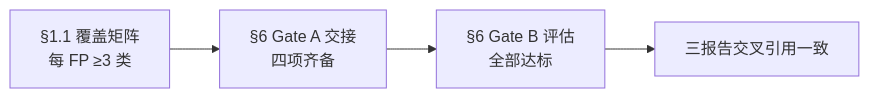
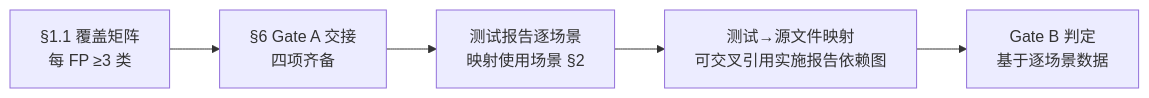
The seventh of 7 diagrams in agents/tester.md (effiy/YrY), drawn with Mermaid before and after one commit. The commit also changed other lines of this file and 5 other files, not shown here.

````diff
--- a/agents/tester.md
+++ b/agents/tester.md
@@ -147,7 +147,8 @@
 ```mermaid
 flowchart LR
     S1["§1.1 覆盖矩阵<br/>每 FP ≥3 类"]:::sig --> S2["§6 Gate A 交接<br/>四项齐备"]:::sig
-    S2 --> S3["§6 Gate B 评估<br/>全部达标"]:::sig
-    S3 --> S4["三报告交叉引用一致"]:::sig
+    S2 --> S3["测试报告逐场景<br/>映射使用场景 §2"]:::sig
+    S3 --> S4["测试→源文件映射<br/>可交叉引用实施报告依赖图"]:::sig
+    S4 --> S5["Gate B 判定<br/>基于逐场景数据"]:::sig
 
 ```
````
